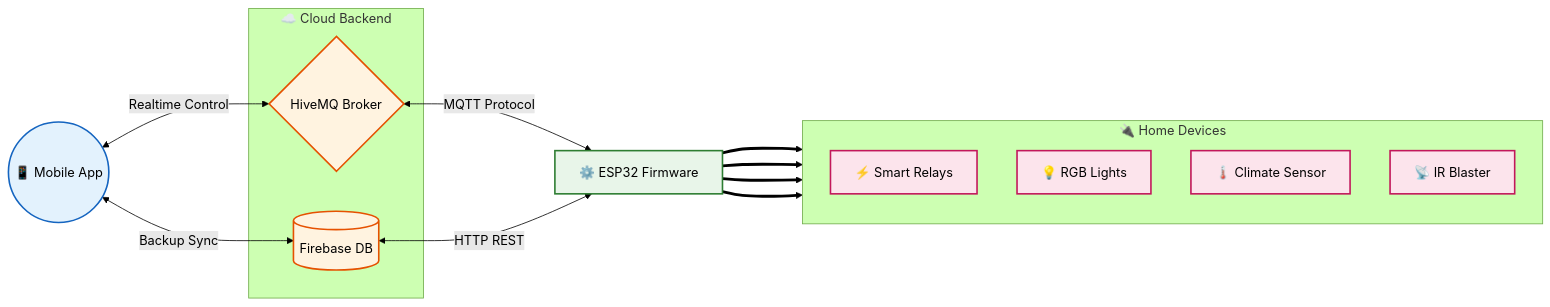
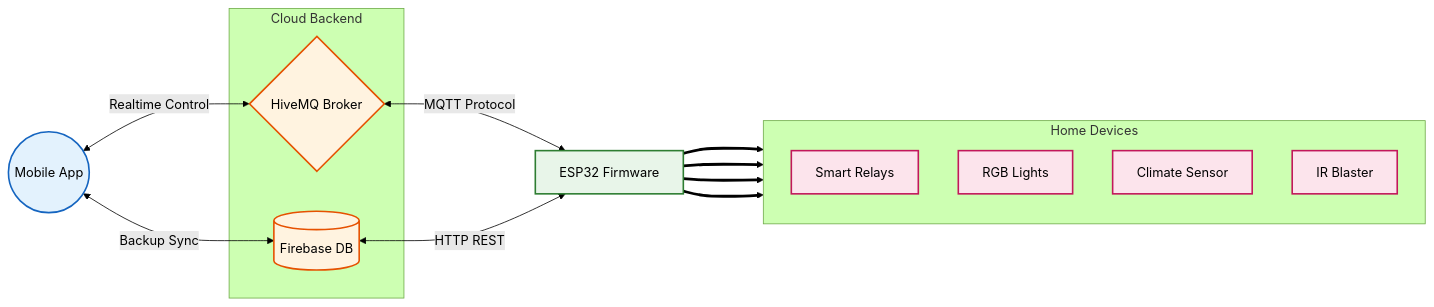
One commit to abod8639/smart_home_IoT_idf changed the diagram in README.md. Above: the diagram before and after it, drawn with Mermaid (forest theme).

Commit message:
docs: remove emojis from Mermaid diagram labels in README

````diff
--- a/README.md
+++ b/README.md
@@ -42,43 +42,43 @@
 ```mermaid
 flowchart LR
     %% Main Components
-    App((📱 Mobile App))
+    App((Mobile App))
     
-    subgraph Cloud [☁️ Cloud Backend]
+    subgraph Cloud [Cloud Backend]
         MQTT{HiveMQ Broker}
         DB[(Firebase DB)]
     end
     
-    ESP[⚙️ ESP32 Firmware]
+    ESP[ESP32 Firmware]
     
-    subgraph Devices [🔌 Home Devices]
+    subgraph Devices [Home Devices]
         direction TB
-        Relays[⚡ Smart Relays]
-        Lights[💡 RGB Lights]
-        Sensor[🌡️ Climate Sensor]
-        IR[📡 IR Blaster]
+        Relays[Smart Relays]
+        Lights[RGB Lights]
+        Sensor[Climate Sensor]
+        IR[IR Blaster]
     end
 
     %% Connections
     App <-->|Realtime Control| MQTT
     App <-->|Backup Sync| DB
     
     MQTT <-->|MQTT Protocol| ESP
     DB <-->|HTTP REST| ESP
     
     ESP ===> Relays
     ESP ===> Lights
     ESP ===> Sensor
     ESP ===> IR
     
     %% Styling
     classDef app fill:#E3F2FD,stroke:#1565C0,stroke-width:2px,color:#000
     classDef cloud fill:#FFF3E0,stroke:#E65100,stroke-width:2px,color:#000
     classDef core fill:#E8F5E9,stroke:#2E7D32,stroke-width:2px,color:#000
     classDef hw fill:#FCE4EC,stroke:#C2185B,stroke-width:2px,color:#000
 
     class App app
     class MQTT,DB cloud
     class ESP core
     class Relays,Lights,Sensor,IR hw
 ```
````
